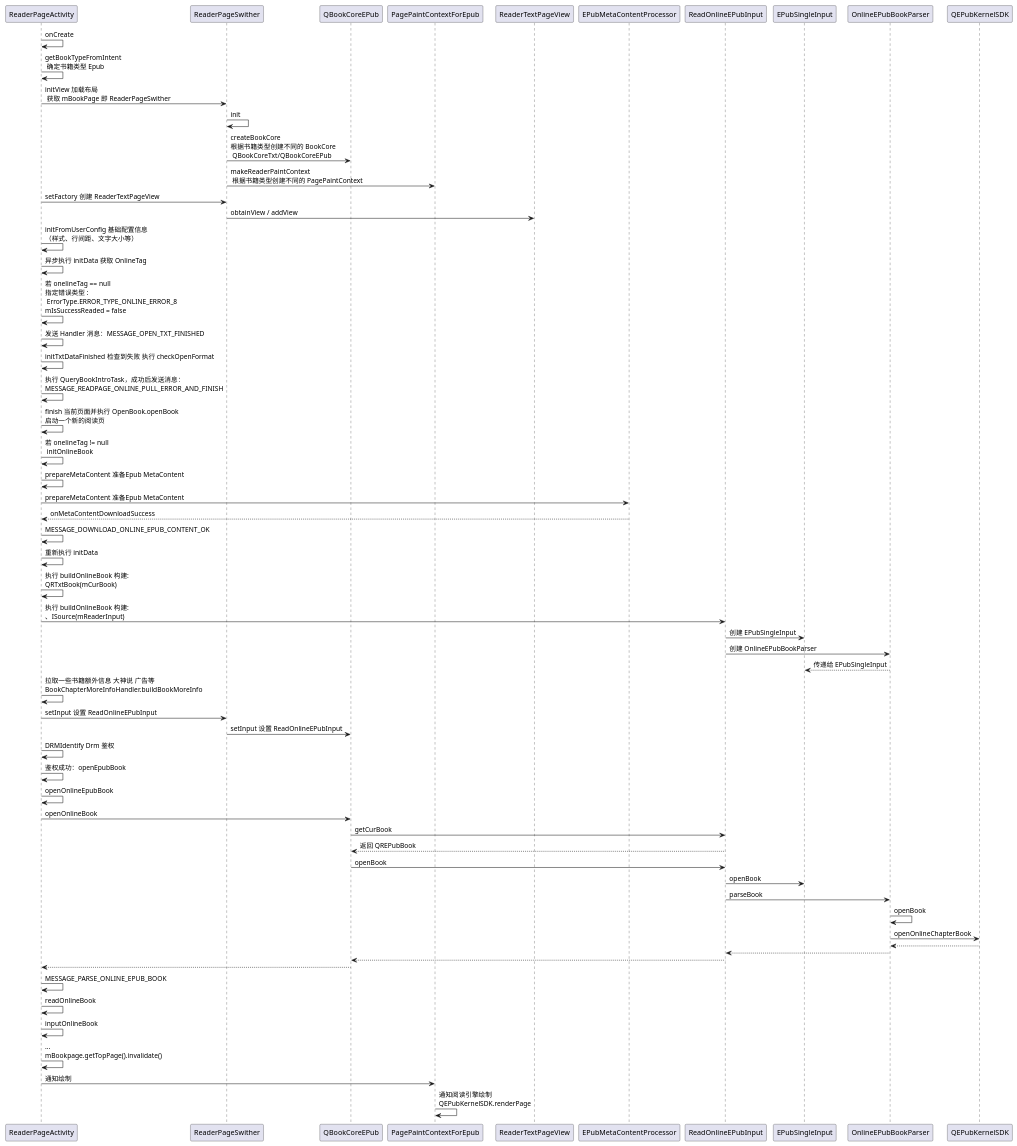
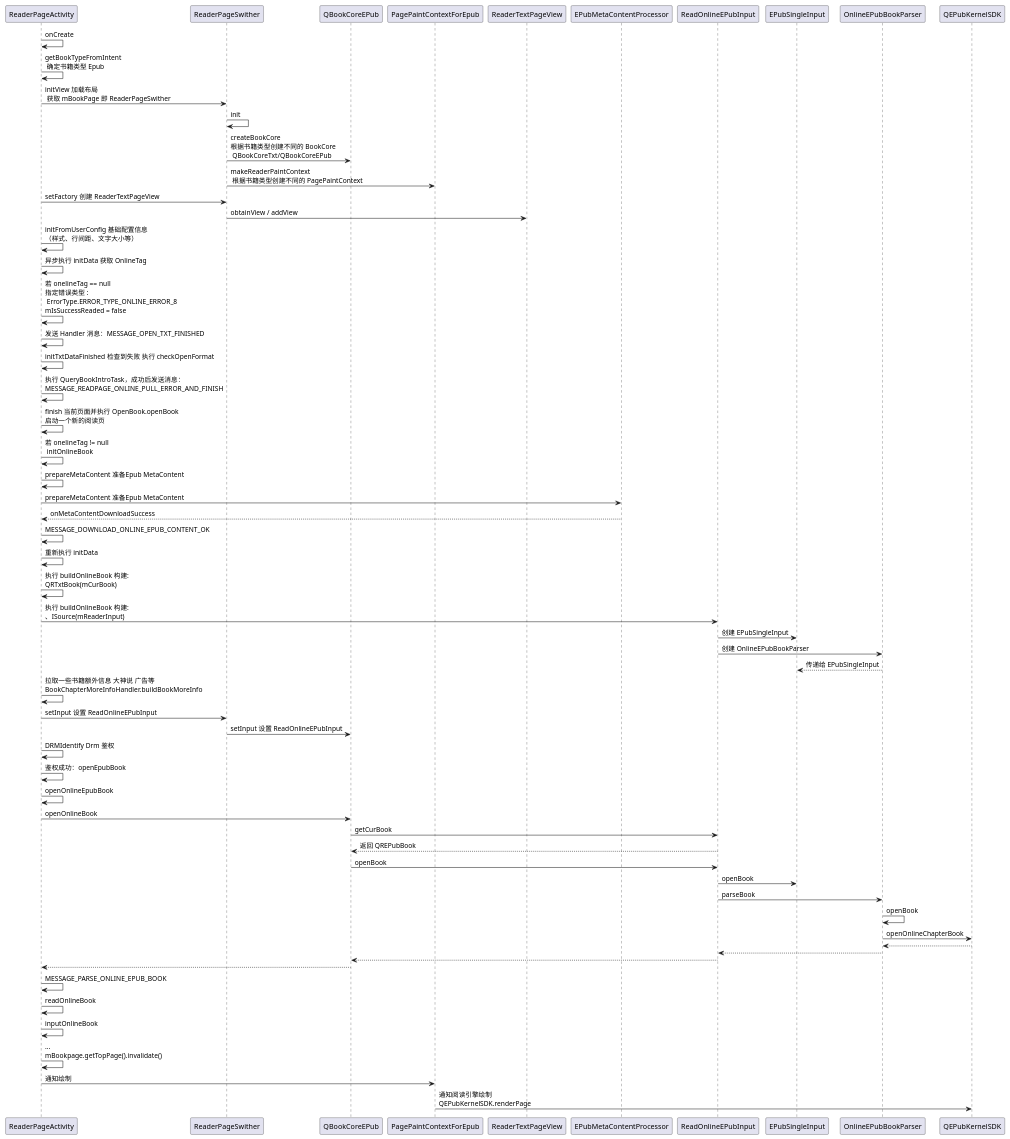
The diagram in design/read_page/阅读页启动流程-EPUB.puml (changer0/PlantUMLProject), drawn with PlantUML before and after one commit.

Commit message:
阅读页启动流程-EPUB.puml

```diff
--- a/design/read_page/阅读页启动流程-EPUB.puml
+++ b/design/read_page/阅读页启动流程-EPUB.puml
@@ -1,62 +1,62 @@
 @startuml
 'Alice -> Bob: Authentication Request
 'Bob --> Alice: Authentication Response
 '
 'Alice -> Bob: Another authentication Request
 'Alice <-- Bob: another authentication Response
 
 '阅读页启动流程 文本 EPUB
 
 ReaderPageActivity -> ReaderPageActivity: onCreate
 ReaderPageActivity -> ReaderPageActivity: getBookTypeFromIntent \n 确定书籍类型 Epub
 '单词拼错至今仍未修改 -_-|| ReaderPageSwitcher
 ReaderPageActivity -> ReaderPageSwither: initView 加载布局 \n 获取 mBookPage 即 ReaderPageSwither
 ReaderPageSwither -> ReaderPageSwither:init
 ReaderPageSwither -> QBookCoreEPub:createBookCore \n根据书籍类型创建不同的 BookCore \n QBookCoreTxt/QBookCoreEPub
 ReaderPageSwither -> PagePaintContextForEpub:makeReaderPaintContext \n 根据书籍类型创建不同的 PagePaintContext
 ReaderPageActivity -> ReaderPageSwither: setFactory 创建 ReaderTextPageView
 ReaderPageSwither -> ReaderTextPageView: obtainView / addView
 ReaderPageActivity -> ReaderPageActivity: initFromUserConfig 基础配置信息\n（样式、行间距、文字大小等）
 ReaderPageActivity -> ReaderPageActivity: 异步执行 initData 获取 OnlineTag
 ReaderPageActivity -> ReaderPageActivity: 若 onelineTag == null\n指定错误类型 :\n ErrorType.ERROR_TYPE_ONLINE_ERROR_8\nmIsSuccessReaded = false
 ReaderPageActivity -> ReaderPageActivity: 发送 Handler 消息：MESSAGE_OPEN_TXT_FINISHED
 ReaderPageActivity -> ReaderPageActivity: initTxtDataFinished 检查到失败 执行 checkOpenFormat
 ReaderPageActivity -> ReaderPageActivity: 执行 QueryBookIntroTask，成功后发送消息：\nMESSAGE_READPAGE_ONLINE_PULL_ERROR_AND_FINISH
 ReaderPageActivity -> ReaderPageActivity: finish 当前页面并执行 OpenBook.openBook \n启动一个新的阅读页
 ReaderPageActivity -> ReaderPageActivity: 若 onelineTag != null\n initOnlineBook
 ReaderPageActivity -> ReaderPageActivity: prepareMetaContent 准备Epub MetaContent
 ReaderPageActivity -> EPubMetaContentProcessor: prepareMetaContent 准备Epub MetaContent
 ReaderPageActivity <-- EPubMetaContentProcessor: onMetaContentDownloadSuccess
 ReaderPageActivity -> ReaderPageActivity: MESSAGE_DOWNLOAD_ONLINE_EPUB_CONTENT_OK
 ReaderPageActivity -> ReaderPageActivity: 重新执行 initData
 ReaderPageActivity -> ReaderPageActivity: 执行 buildOnlineBook 构建:\nQRTxtBook(mCurBook)
 ReaderPageActivity -> ReadOnlineEPubInput: 执行 buildOnlineBook 构建:\n、ISource(mReaderInput)
 ReadOnlineEPubInput -> EPubSingleInput: 创建 EPubSingleInput
 ReadOnlineEPubInput -> OnlineEPubBookParser: 创建 OnlineEPubBookParser
 EPubSingleInput <-- OnlineEPubBookParser: 传递给 EPubSingleInput
 ReaderPageActivity -> ReaderPageActivity: 拉取一些书籍额外信息 大神说 广告等\nBookChapterMoreInfoHandler.buildBookMoreInfo
 ReaderPageActivity -> ReaderPageSwither: setInput 设置 ReadOnlineEPubInput
 ReaderPageSwither -> QBookCoreEPub: setInput 设置 ReadOnlineEPubInput
 ReaderPageActivity -> ReaderPageActivity: DRMIdentify Drm 鉴权
 ReaderPageActivity -> ReaderPageActivity: 鉴权成功：openEpubBook
 ReaderPageActivity -> ReaderPageActivity: openOnlineEpubBook
 ReaderPageActivity -> QBookCoreEPub: openOnlineBook
 QBookCoreEPub -> ReadOnlineEPubInput: getCurBook
 QBookCoreEPub <-- ReadOnlineEPubInput: 返回 QREPubBook
 QBookCoreEPub -> ReadOnlineEPubInput: openBook
 ReadOnlineEPubInput -> EPubSingleInput: openBook
 ReadOnlineEPubInput -> OnlineEPubBookParser: parseBook
 OnlineEPubBookParser -> OnlineEPubBookParser: openBook
 OnlineEPubBookParser -> QEPubKernelSDK: openOnlineChapterBook
 OnlineEPubBookParser <-- QEPubKernelSDK
 ReadOnlineEPubInput <-- OnlineEPubBookParser
 QBookCoreEPub <-- ReadOnlineEPubInput
 
 ReaderPageActivity <-- QBookCoreEPub
 ReaderPageActivity -> ReaderPageActivity: MESSAGE_PARSE_ONLINE_EPUB_BOOK
 ReaderPageActivity -> ReaderPageActivity: readOnlineBook
 ReaderPageActivity -> ReaderPageActivity: inputOnlineBook
 ReaderPageActivity -> ReaderPageActivity: ...\nmBookpage.getTopPage().invalidate()
 ReaderPageActivity -> PagePaintContextForEpub: 通知绘制
-PagePaintContextForEpub -> PagePaintContextForEpub: 通知阅读引擎绘制\nQEPubKernelSDK.renderPage
+PagePaintContextForEpub -> QEPubKernelSDK: 通知阅读引擎绘制\nQEPubKernelSDK.renderPage
 @enduml
```
